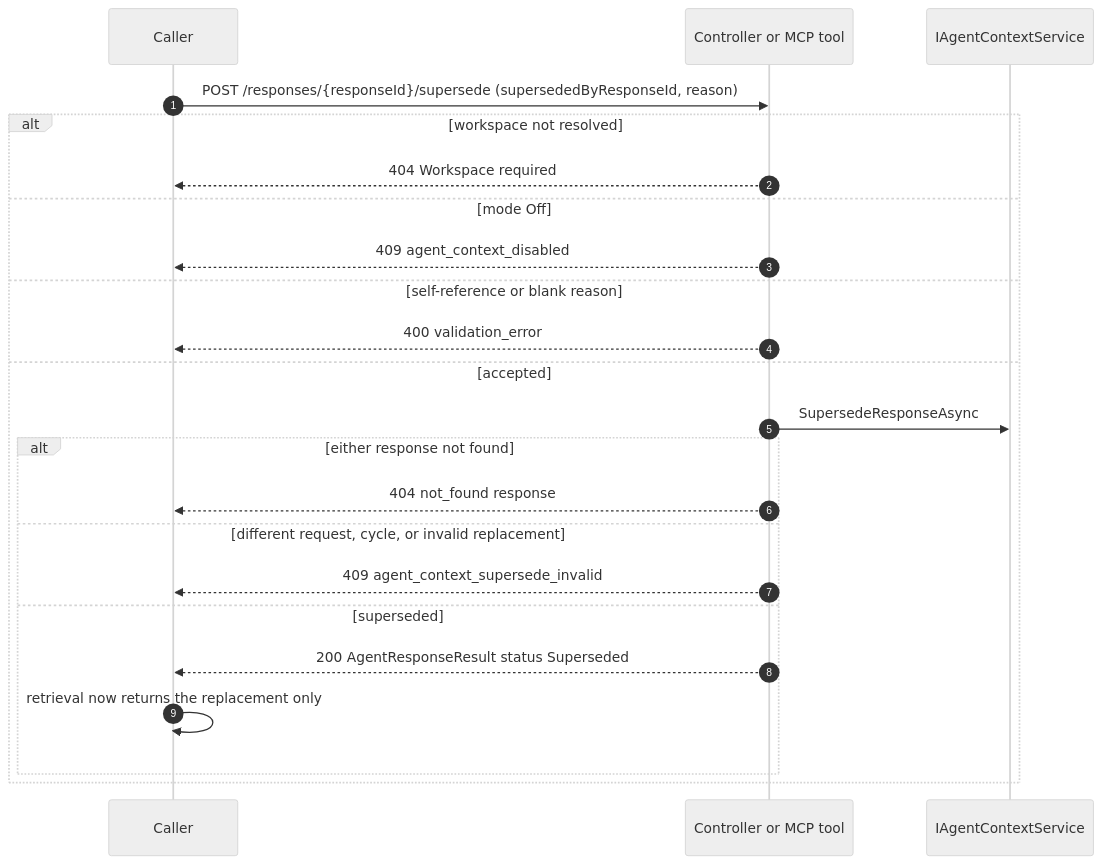
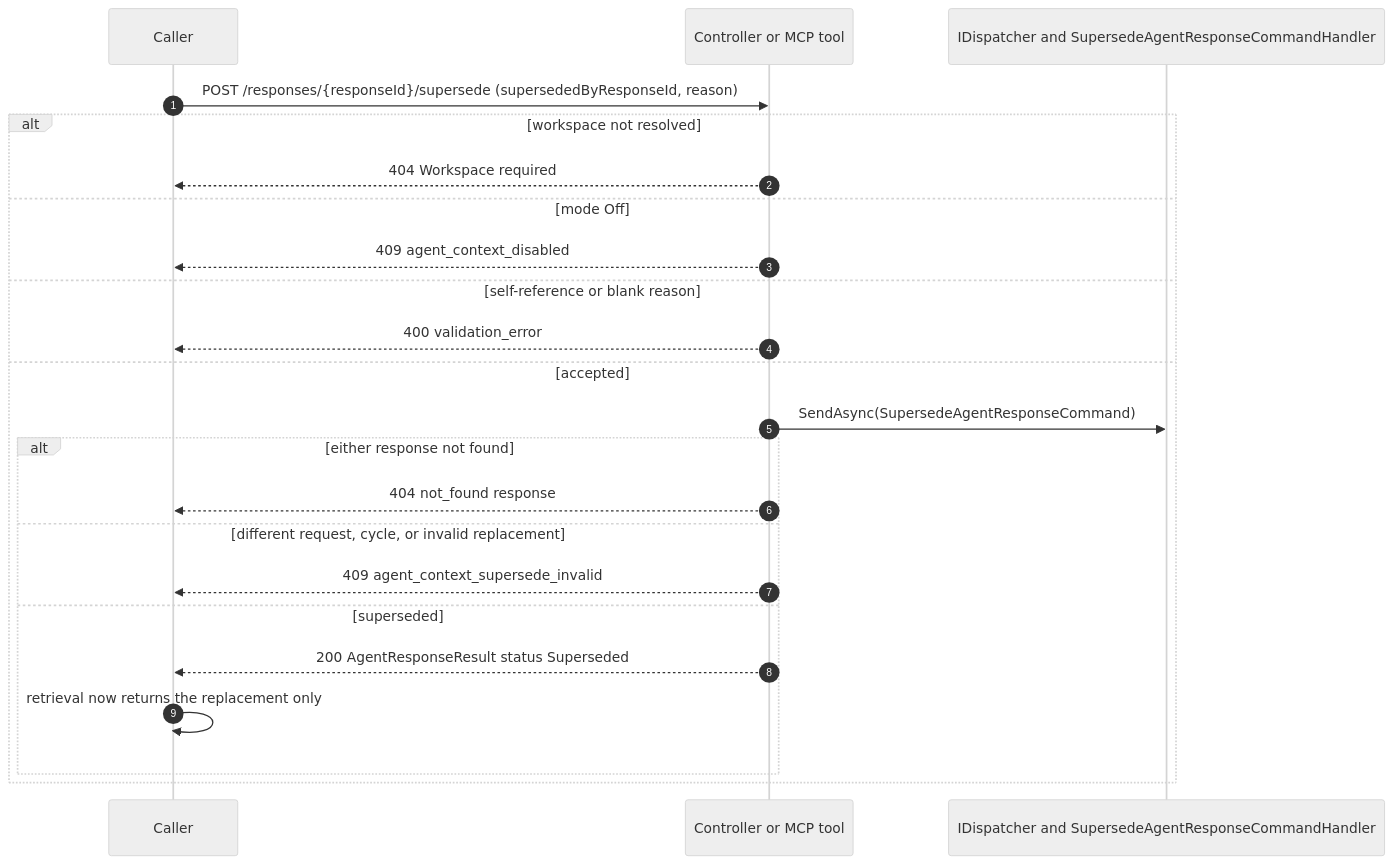
Diagram 38 of 59 in docs/Stateless-Agent-Context-Management.md (sharpninja/McpServer), drawn with Mermaid (neutral theme) before and after one commit. The commit also changed other lines of this file and 2 other files, not shown here.

````diff
--- a/docs/Stateless-Agent-Context-Management.md
+++ b/docs/Stateless-Agent-Context-Management.md
@@ -1330,25 +1348,25 @@
 ```mermaid
 sequenceDiagram
     autonumber
     participant Caller
     participant API as Controller or MCP tool
-    participant SVC as IAgentContextService
+    participant SVC as IDispatcher and SupersedeAgentResponseCommandHandler
     Caller->>API: POST /responses/{responseId}/supersede (supersededByResponseId, reason)
     alt workspace not resolved
         API-->>Caller: 404 Workspace required
     else mode Off
         API-->>Caller: 409 agent_context_disabled
     else self-reference or blank reason
         API-->>Caller: 400 validation_error
     else accepted
-        API->>SVC: SupersedeResponseAsync
+        API->>SVC: SendAsync(SupersedeAgentResponseCommand)
         alt either response not found
             API-->>Caller: 404 not_found response
         else different request, cycle, or invalid replacement
             API-->>Caller: 409 agent_context_supersede_invalid
         else superseded
             API-->>Caller: 200 AgentResponseResult status Superseded
             Caller->>Caller: retrieval now returns the replacement only
         end
     end
 ```
````
